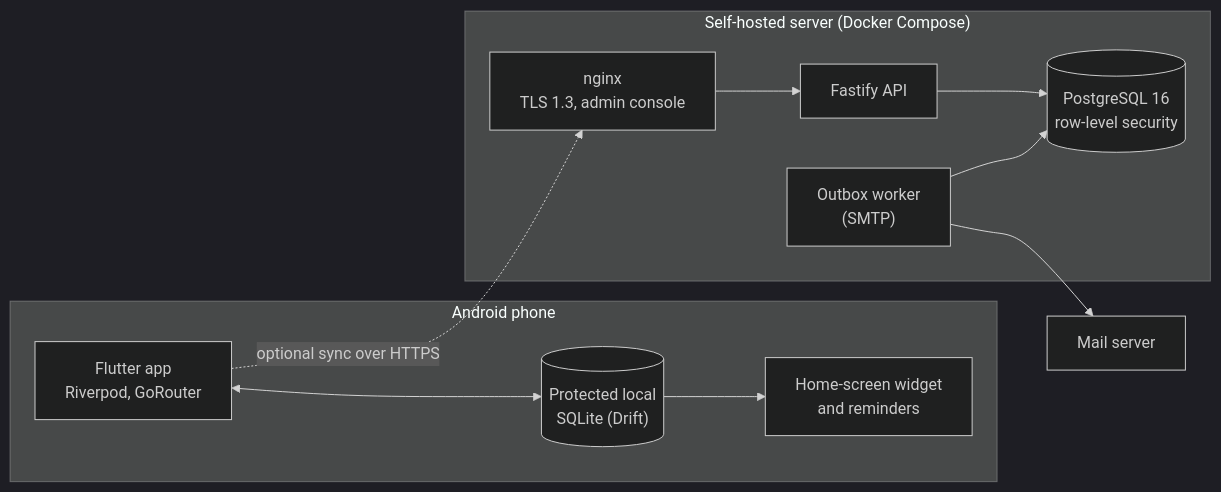
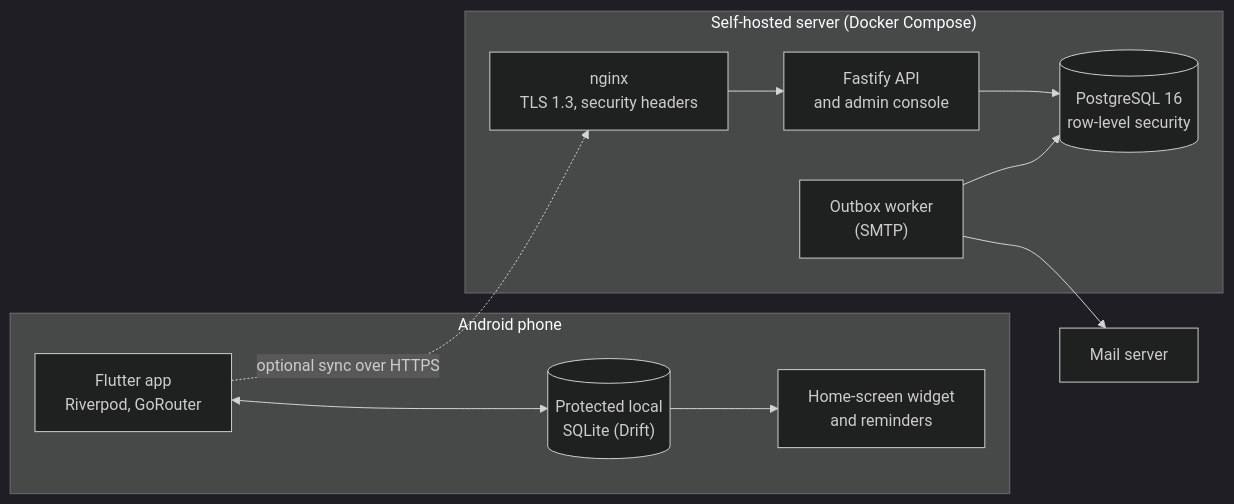
The diagram in docs/ARCHITECTURE.md (LucaPisl/simpastil), drawn with Mermaid (dark theme) before and after one commit. The commit also changed other lines of this file and 10 other files, not shown here.

First line of the commit message:
feat(server): serve the admin console from the API

````diff
--- a/docs/ARCHITECTURE.md
+++ b/docs/ARCHITECTURE.md
@@ -18,21 +18,21 @@
 ```mermaid
 flowchart LR
     subgraph Phone["Android phone"]
         UI["Flutter app<br/>Riverpod, GoRouter"]
         DB[("Protected local<br/>SQLite (Drift)")]
         W["Home-screen widget<br/>and reminders"]
         UI <--> DB
         DB --> W
     end
     subgraph Host["Self-hosted server (Docker Compose)"]
-        N["nginx<br/>TLS 1.3, admin console"]
-        A["Fastify API"]
+        N["nginx<br/>TLS 1.3, security headers"]
+        A["Fastify API<br/>and admin console"]
         O["Outbox worker<br/>(SMTP)"]
         P[("PostgreSQL 16<br/>row-level security")]
         N --> A
         A --> P
         O --> P
     end
     UI -. "optional sync over HTTPS" .-> N
     O --> M["Mail server"]
 ```
````
